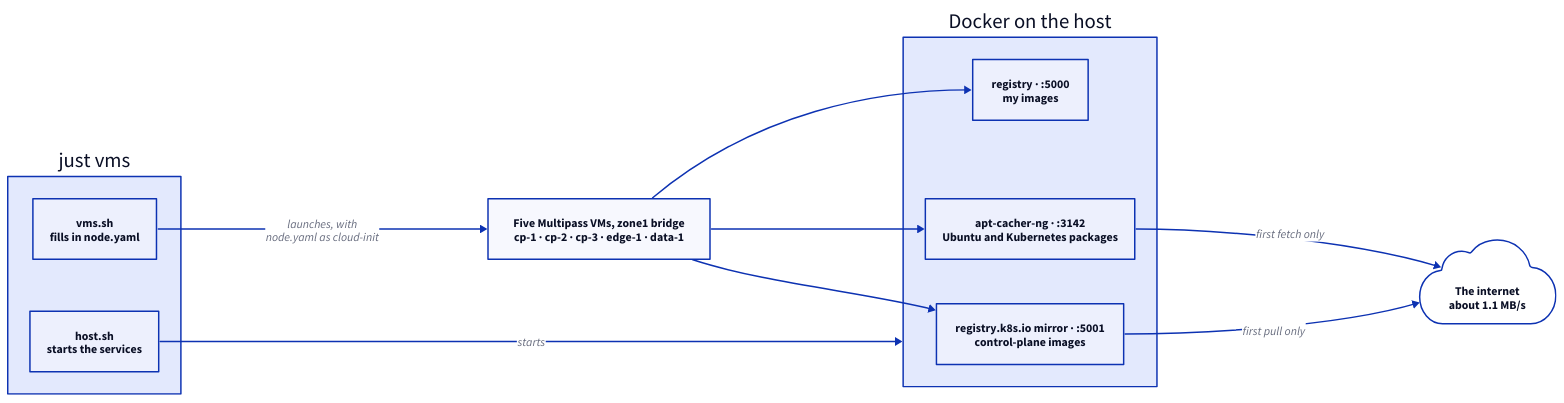
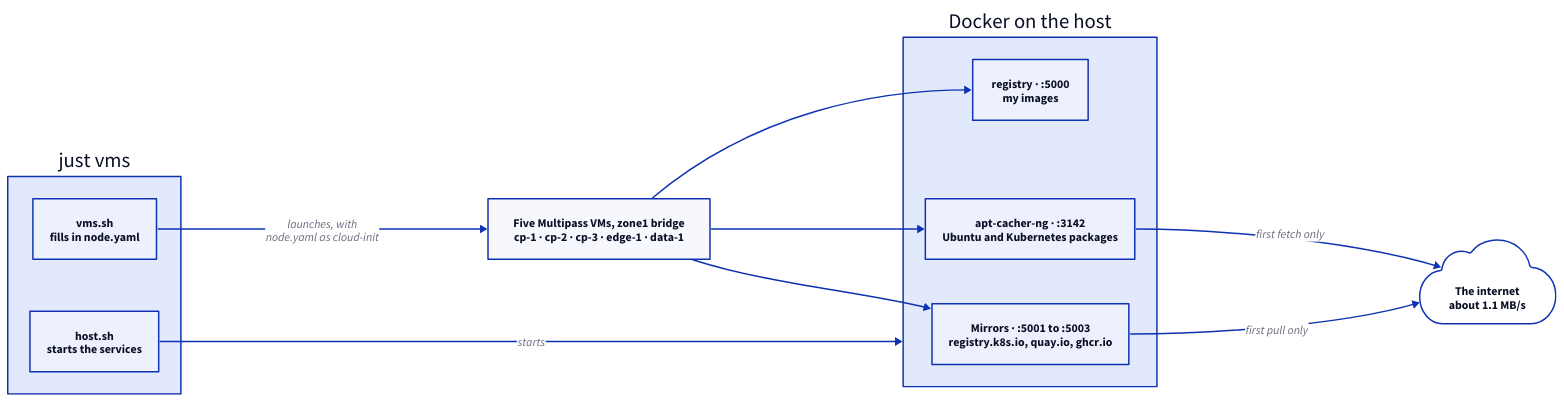
One commit to guy-with-a-why/telemetry-blackbox changed the diagram in docs/diagrams/host.d2. Above: the diagram before and after it, drawn with D2. The commit also changed 7 other files, not shown here.

First line of the commit message:
feat(deploy): mirror quay.io and ghcr.io on the host (#83)

```diff
--- a/docs/diagrams/host.d2
+++ b/docs/diagrams/host.d2
@@ -1,26 +1,26 @@
 # The home server: five Multipass VMs built by cloud-init, and the services
 # they use from the host so each byte crosses the internet once.
 direction: right
 
 build: "just vms" {
   host_sh: "host.sh\nstarts the services"
   vms_sh: "vms.sh\nfills in node.yaml"
 }
 
 vms: "Five Multipass VMs, zone1 bridge\ncp-1 · cp-2 · cp-3 · edge-1 · data-1"
 
 docker: "Docker on the host" {
   registry: "registry · :5000\nmy images"
-  mirror: "registry.k8s.io mirror · :5001\ncontrol-plane images"
+  mirror: "Mirrors · :5001 to :5003\nregistry.k8s.io, quay.io, ghcr.io"
   apt: "apt-cacher-ng · :3142\nUbuntu and Kubernetes packages"
 }
 
 internet: "The internet\nabout 1.1 MB/s" {shape: cloud}
 
 build.vms_sh -> vms: "launches, with\nnode.yaml as cloud-init"
 build.host_sh -> docker: starts
 vms -> docker.registry
 vms -> docker.mirror
 vms -> docker.apt
 docker.mirror -> internet: first pull only
 docker.apt -> internet: first fetch only
```
